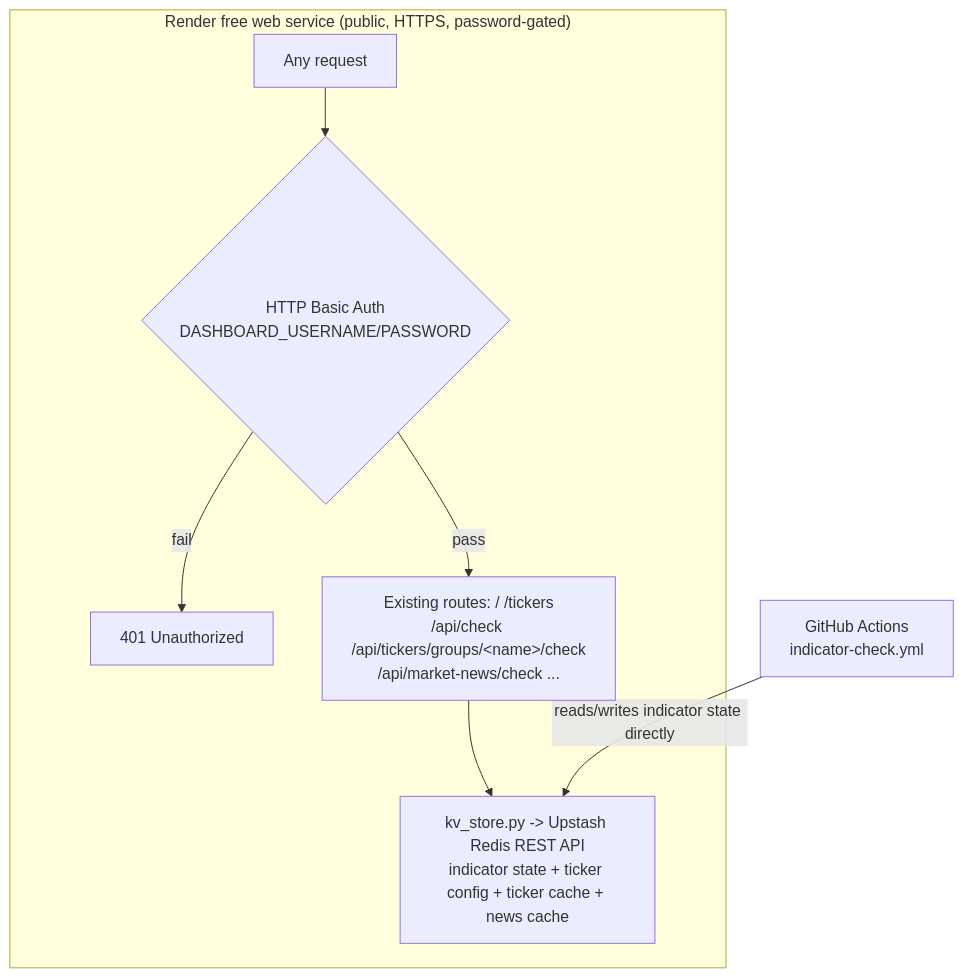
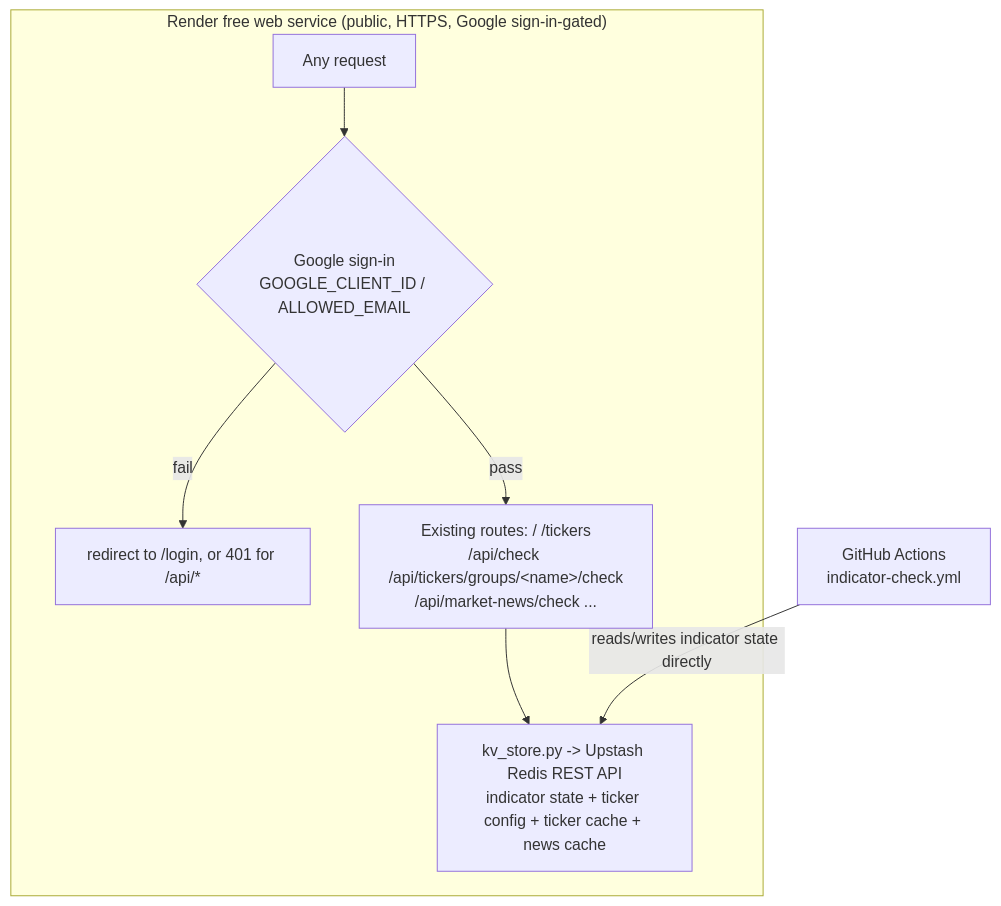
The second of 2 diagrams in docs/v2_technical_design.md (lw7ylw7y/financials), drawn with Mermaid before and after one commit. The commit also changed other lines of this file and 9 other files, not shown here.

First line of the commit message:
Replace HTTP Basic Auth with Google sign-in

````diff
--- a/docs/v2_technical_design.md
+++ b/docs/v2_technical_design.md
@@ -235,10 +235,10 @@
 ```mermaid
 graph TD
-    subgraph "Render free web service (public, HTTPS, password-gated)"
-        REQ[Any request] --> AUTH{HTTP Basic Auth<br/>DASHBOARD_USERNAME/PASSWORD}
-        AUTH -->|fail| R401[401 Unauthorized]
+    subgraph "Render free web service (public, HTTPS, Google sign-in-gated)"
+        REQ[Any request] --> AUTH{Google sign-in<br/>GOOGLE_CLIENT_ID / ALLOWED_EMAIL}
+        AUTH -->|fail| R401[redirect to /login, or 401 for /api/*]
         AUTH -->|pass| ROUTES[Existing routes: / /tickers<br/>/api/check /api/tickers/groups/&lt;name&gt;/check<br/>/api/market-news/check ...]
         ROUTES --> KV[kv_store.py -> Upstash Redis REST API<br/>indicator state + ticker config + ticker cache + news cache]
     end
     GH[GitHub Actions<br/>indicator-check.yml] -->|reads/writes indicator state directly| KV
 ```
````
